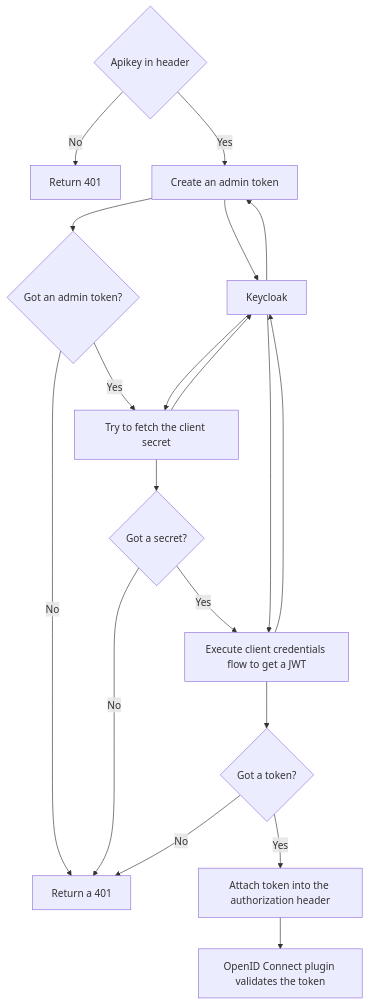
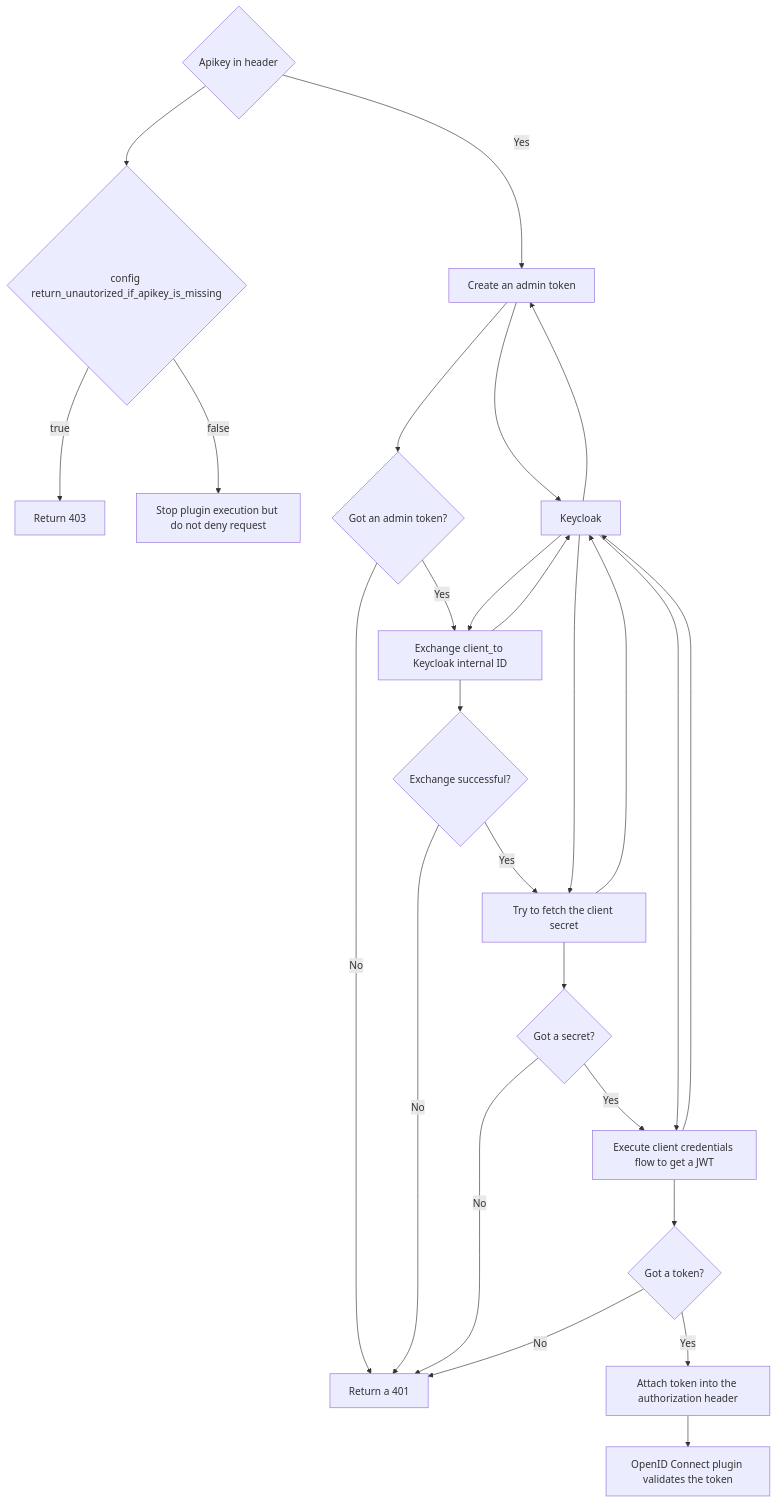
One commit to svenwal/kong-plugin-keycloak-apikey changed the diagram in README.md. Above: the diagram before and after it, drawn with Mermaid. The commit also changed other lines of this file, not shown here.

Commit message:
Updated README graph for apikey optional

````diff
--- a/README.md
+++ b/README.md
@@ -11,25 +11,32 @@
 ```mermaid
 graph TD
     A{Apikey in header}
-    A -->|No| B[Return 401]
+    A --> V{config return_unautorized_if_apikey_is_missing}
+    V --> |true| B[Return 403]
+    V --> |false| XX[Stop plugin execution but do not deny request]
     A -->|Yes| C[Create an admin token]
     C --> D
     D --> C
     C --> X{Got an admin token?}
     X --> |No| Z
-    X --> |Yes| E
+    X --> |Yes| T[Exchange client_to Keycloak internal ID]
+    T --> D
+    D --> T
+    T --> U{Exchange successful?}
+    U --> |Yes| E
+    U --> |No| Z
     E --> F{Got a secret?}
     F --> |No| Z
     F --> |Yes| G[Execute client credentials flow to get a JWT]
     G --> H{Got a token?}
     H --> |No| Z
     H --> |Yes| I[Attach token into the authorization header]
     I --> J[OpenID Connect plugin validates the token]
     E[Try to fetch the client secret]
     E --> D
     D --> E
     G --> D
     D --> G
     D[Keycloak]
     Z[Return a 401]
 ```
````
